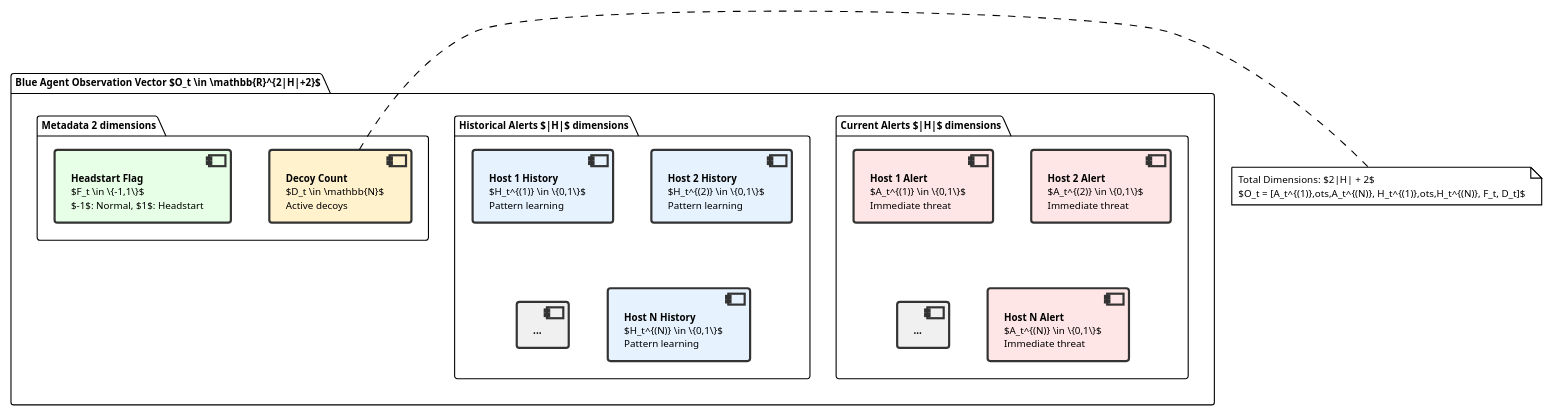
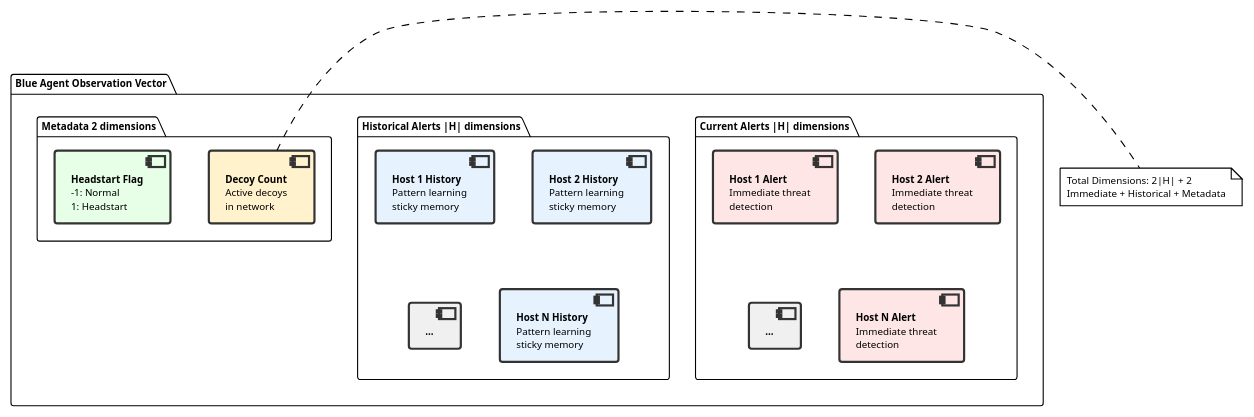
Before and after one commit to miracle078/cyberwheel-IX: the diagram in research_docs/plantuml_diagrams/tikz_to_plantuml_conversion/observation_vector_new.puml, drawn with PlantUML. The commit also changed 472 other files, not shown here.

```diff
--- a/research_docs/plantuml_diagrams/tikz_to_plantuml_conversion/observation_vector_new.puml
+++ b/research_docs/plantuml_diagrams/tikz_to_plantuml_conversion/observation_vector_new.puml
@@ -1,36 +1,36 @@
-@startuml observation_vector_enhanced
+@startuml observation_vector_new
 !theme plain
 skinparam backgroundColor #FFFFFF
 skinparam defaultFontName Arial
 skinparam defaultFontSize 9
 
 skinparam component {
   BackgroundColor #F8F8F8
   BorderColor #333333
   BorderThickness 2
 }
 
-package "Blue Agent Observation Vector $O_t \in \mathbb{R}^{2|H|+2}$" {
-  package "Current Alerts $|H|$ dimensions" {
-    component [**Host 1 Alert**\n$A_t^{(1)} \in \{0,1\}$\nImmediate threat] as Current1 #FFE6E6
-    component [**Host 2 Alert**\n$A_t^{(2)} \in \{0,1\}$\nImmediate threat] as Current2 #FFE6E6
+package "Blue Agent Observation Vector" {
+  package "Current Alerts |H| dimensions" {
+    component [**Host 1 Alert**\nImmediate threat\ndetection] as Current1 #FFE6E6
+    component [**Host 2 Alert**\nImmediate threat\ndetection] as Current2 #FFE6E6
     component [**...**] as CurrentDots #F0F0F0
-    component [**Host N Alert**\n$A_t^{(N)} \in \{0,1\}$\nImmediate threat] as CurrentN #FFE6E6
+    component [**Host N Alert**\nImmediate threat\ndetection] as CurrentN #FFE6E6
   }
 
-  package "Historical Alerts $|H|$ dimensions" {
-    component [**Host 1 History**\n$H_t^{(1)} \in \{0,1\}$\nPattern learning] as History1 #E6F3FF
-    component [**Host 2 History**\n$H_t^{(2)} \in \{0,1\}$\nPattern learning] as History2 #E6F3FF
+  package "Historical Alerts |H| dimensions" {
+    component [**Host 1 History**\nPattern learning\nsticky memory] as History1 #E6F3FF
+    component [**Host 2 History**\nPattern learning\nsticky memory] as History2 #E6F3FF
     component [**...**] as HistoryDots #F0F0F0
-    component [**Host N History**\n$H_t^{(N)} \in \{0,1\}$\nPattern learning] as HistoryN #E6F3FF
+    component [**Host N History**\nPattern learning\nsticky memory] as HistoryN #E6F3FF
   }
 
   package "Metadata 2 dimensions" {
-    component [**Headstart Flag**\n$F_t \in \{-1,1\}$\n$-1$: Normal, $1$: Headstart] as Headstart #E6FFE6
-    component [**Decoy Count**\n$D_t \in \mathbb{N}$\nActive decoys] as DecoyCount #FFF2CC
+    component [**Headstart Flag**\n-1: Normal\n1: Headstart] as Headstart #E6FFE6
+    component [**Decoy Count**\nActive decoys\nin network] as DecoyCount #FFF2CC
   }
 }
 
-note right : Total Dimensions: $2|H| + 2$\n$O_t = [A_t^{(1)},\dots,A_t^{(N)}, H_t^{(1)},\dots,H_t^{(N)}, F_t, D_t]$
+note right : Total Dimensions: 2|H| + 2\nImmediate + Historical + Metadata
 
 @enduml
```
